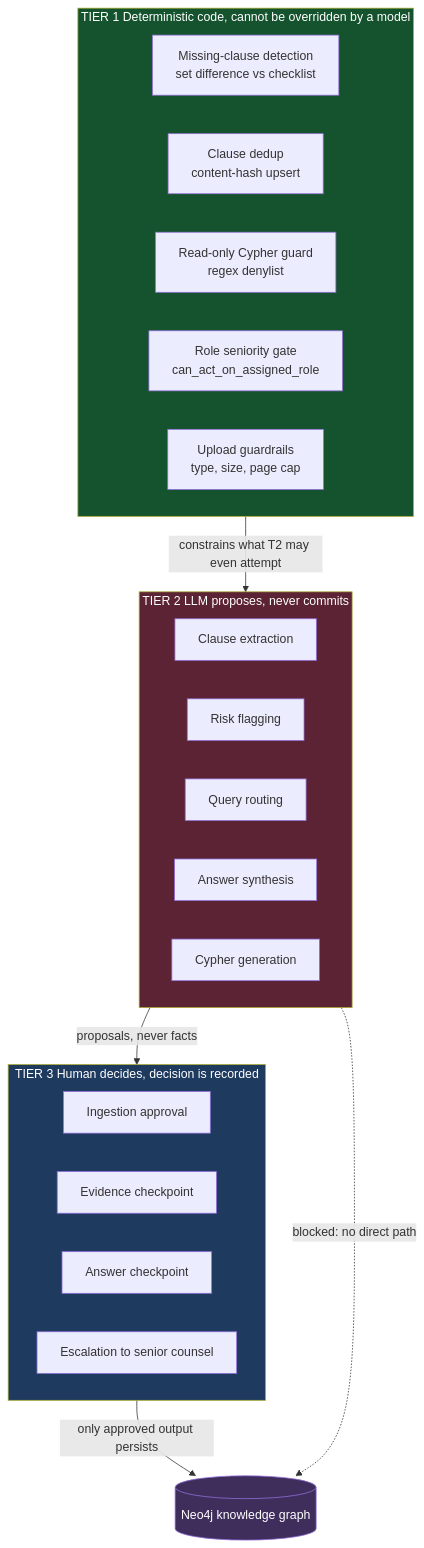
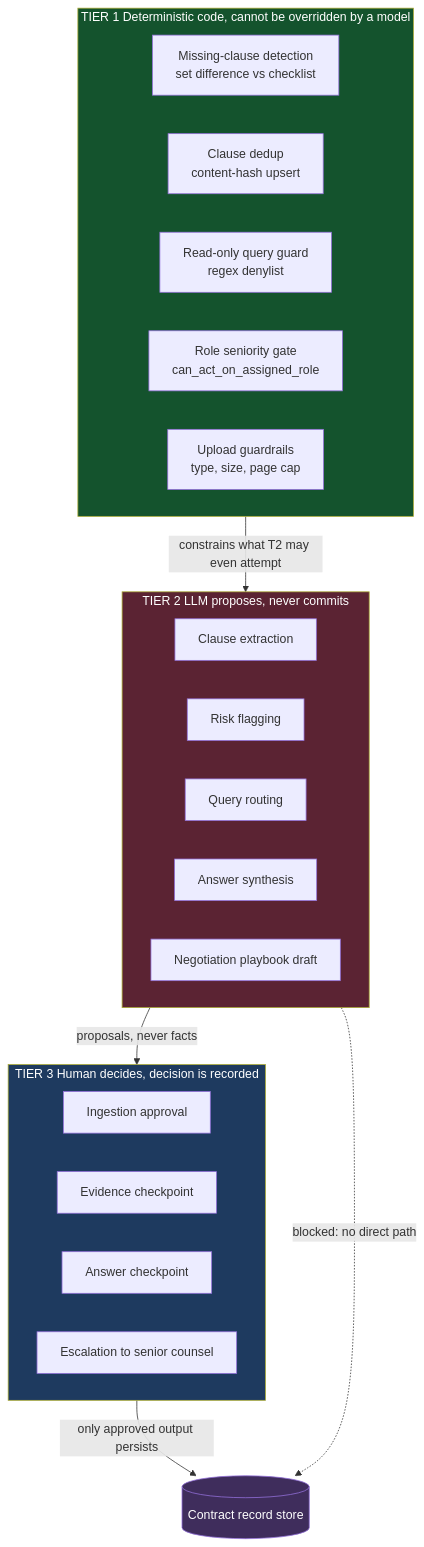
Before and after one commit to muskaangaur06/counselgraph: the first of 7 diagrams in README.md, drawn with Mermaid. The commit also changed other lines of this file, not shown here.

````diff
--- a/README.md
+++ b/README.md
@@ -18,38 +25,38 @@
 ```mermaid
 flowchart TB
     subgraph T1["TIER 1  Deterministic code, cannot be overridden by a model"]
         direction LR
         D1["Missing-clause detection<br/>set difference vs checklist"]
         D2["Clause dedup<br/>content-hash upsert"]
-        D3["Read-only Cypher guard<br/>regex denylist"]
+        D3["Read-only query guard<br/>regex denylist"]
         D4["Role seniority gate<br/>can_act_on_assigned_role"]
         D5["Upload guardrails<br/>type, size, page cap"]
     end
 
     subgraph T2["TIER 2  LLM proposes, never commits"]
         direction LR
         L1["Clause extraction"]
         L2["Risk flagging"]
         L3["Query routing"]
         L4["Answer synthesis"]
-        L5["Cypher generation"]
+        L5["Negotiation playbook draft"]
     end
 
     subgraph T3["TIER 3  Human decides, decision is recorded"]
         direction LR
         H1["Ingestion approval"]
         H2["Evidence checkpoint"]
         H3["Answer checkpoint"]
         H4["Escalation to senior counsel"]
     end
 
     T2 -->|"proposals, never facts"| T3
     T1 -->|"constrains what T2 may even attempt"| T2
-    T3 -->|"only approved output persists"| STORE[("Neo4j knowledge graph")]
+    T3 -->|"only approved output persists"| STORE[("Contract record store")]
     T2 -.->|"blocked: no direct path"| STORE
 
     style T1 fill:#14532d,color:#ffffff
     style T2 fill:#5b2333,color:#ffffff
     style T3 fill:#1e3a5f,color:#ffffff
     style STORE fill:#3f2d5c,color:#ffffff
 ```
````
